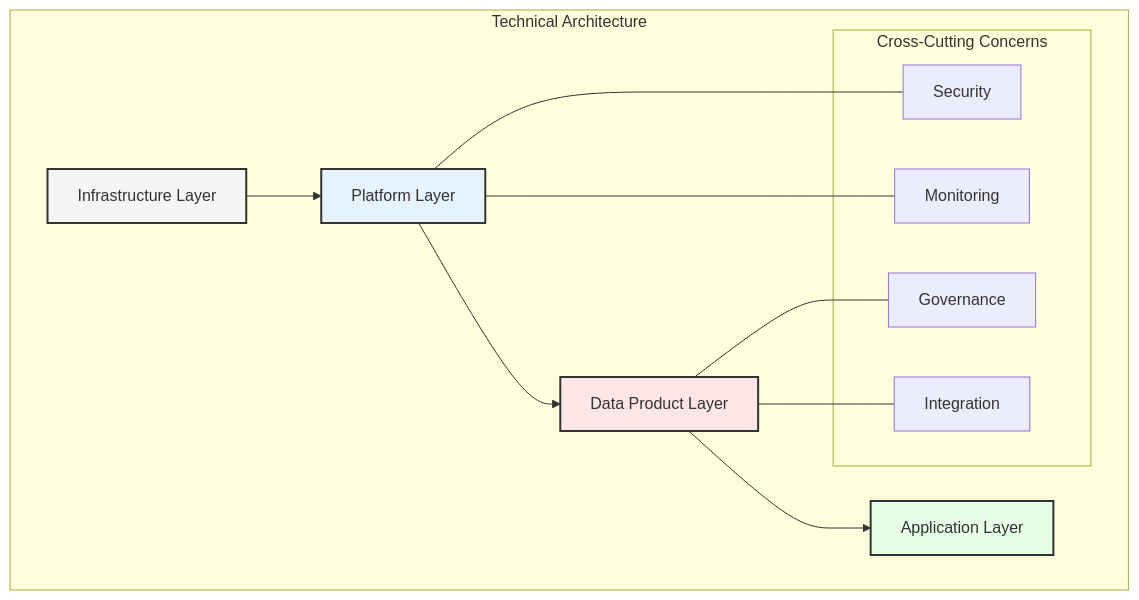
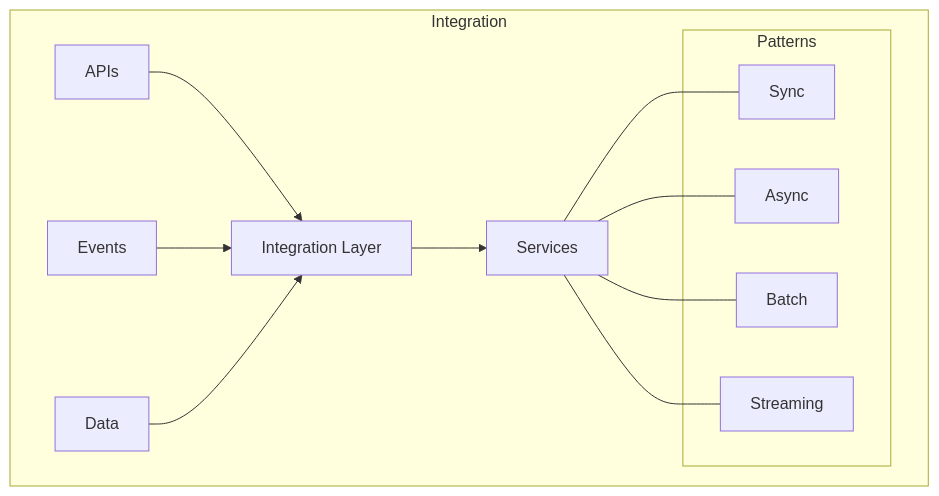
The third of 7 diagrams in enterprise_data_architecture/chapters/08_implementation.md (data-octo/agentic_ai_research), drawn with Mermaid before and after one commit. The commit also changed other lines of this file and 11 other files, not shown here.

````diff
--- a/enterprise_data_architecture/chapters/08_implementation.md
+++ b/enterprise_data_architecture/chapters/08_implementation.md
@@ -86,25 +103,21 @@
 ```mermaid
 graph TB
-    subgraph "Technical Architecture"
-        A[Infrastructure Layer] --> B[Platform Layer]
-        B --> C[Data Product Layer]
-        C --> D[Application Layer]
+    subgraph "Integration"
+        A[APIs] --> D[Integration Layer]
+        B[Events] --> D
+        C[Data] --> D
+        D --> E[Services]
         
-        subgraph "Cross-Cutting Concerns"
-            E[Security]
-            F[Monitoring]
-            G[Governance]
-            H[Integration]
+        subgraph "Patterns"
+            F[Sync]
+            G[Async]
+            H[Batch]
+            I[Streaming]
         end
         
-        B --- E
-        B --- F
-        C --- G
-        C --- H
+        E --- F
+        E --- G
+        E --- H
+        E --- I
     end
-    
-    style A fill:#f5f5f5,stroke:#333,stroke-width:2px
-    style B fill:#e6f3ff,stroke:#333,stroke-width:2px
-    style C fill:#ffe6e6,stroke:#333,stroke-width:2px
-    style D fill:#e6ffe6,stroke:#333,stroke-width:2px
 ```
````
